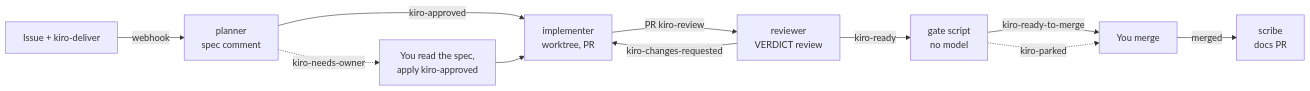
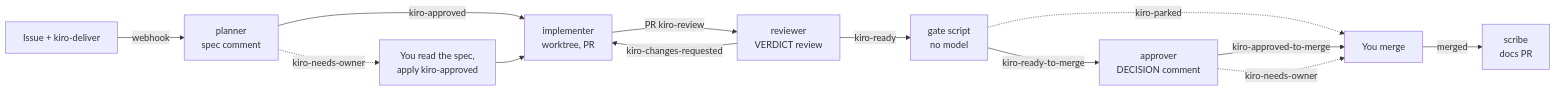
Before and after one commit to aidin-repo/kiro-crew-software-factory: the diagram in README.md, drawn with Mermaid. The commit also changed other lines of this file and 29 other files, not shown here.

````diff
--- a/README.md
+++ b/README.md
@@ -40,13 +41,15 @@
 ```mermaid
 flowchart LR
     I["Issue + kiro-deliver"] -->|webhook| P["planner<br/>spec comment"]
     P -->|kiro-approved| IMP["implementer<br/>worktree, PR"]
     P -.->|kiro-needs-owner| H["You read the spec,<br/>apply kiro-approved"]
     H --> IMP
     IMP -->|PR kiro-review| R["reviewer<br/>VERDICT review"]
     R -->|kiro-changes-requested| IMP
     R -->|kiro-ready| G["gate script<br/>no model"]
-    G -->|kiro-ready-to-merge| M["You merge"]
-    G -.->|kiro-parked| M
+    G -->|kiro-ready-to-merge| A["approver<br/>DECISION comment"]
+    G -.->|kiro-parked| M["You merge"]
+    A -->|kiro-approved-to-merge| M
+    A -.->|kiro-needs-owner| M
     M -->|merged| S["scribe<br/>docs PR"]
 ```
````
